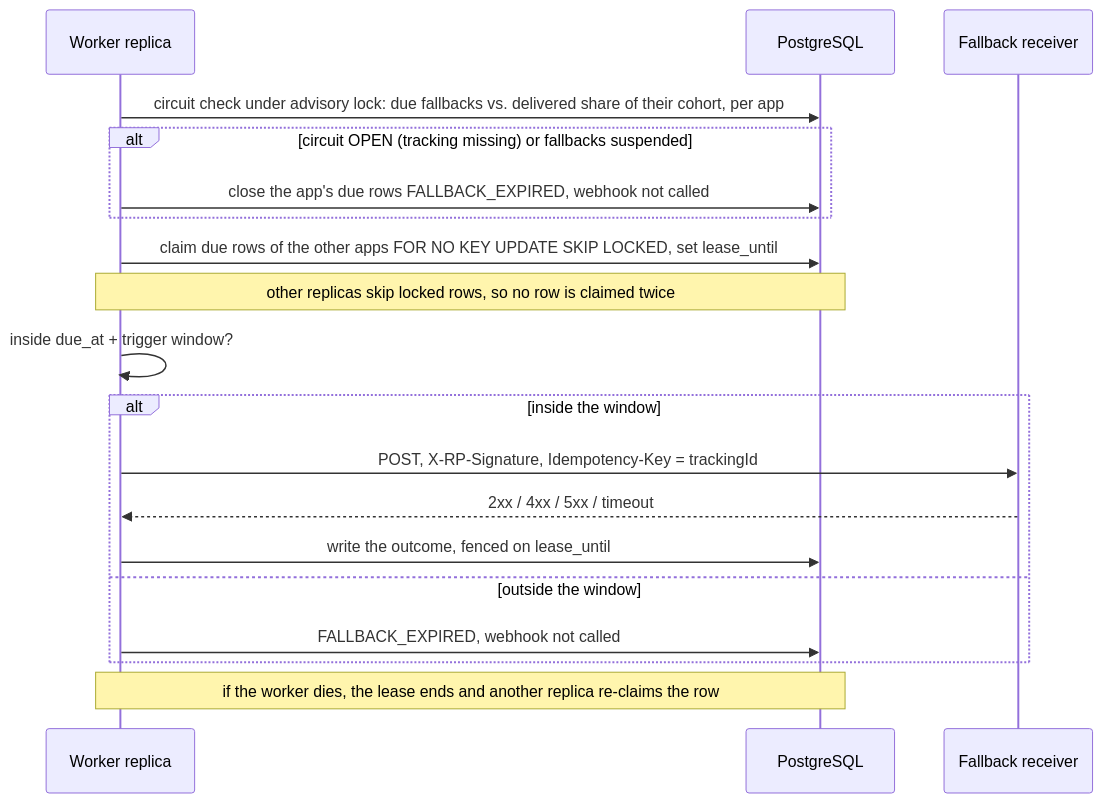
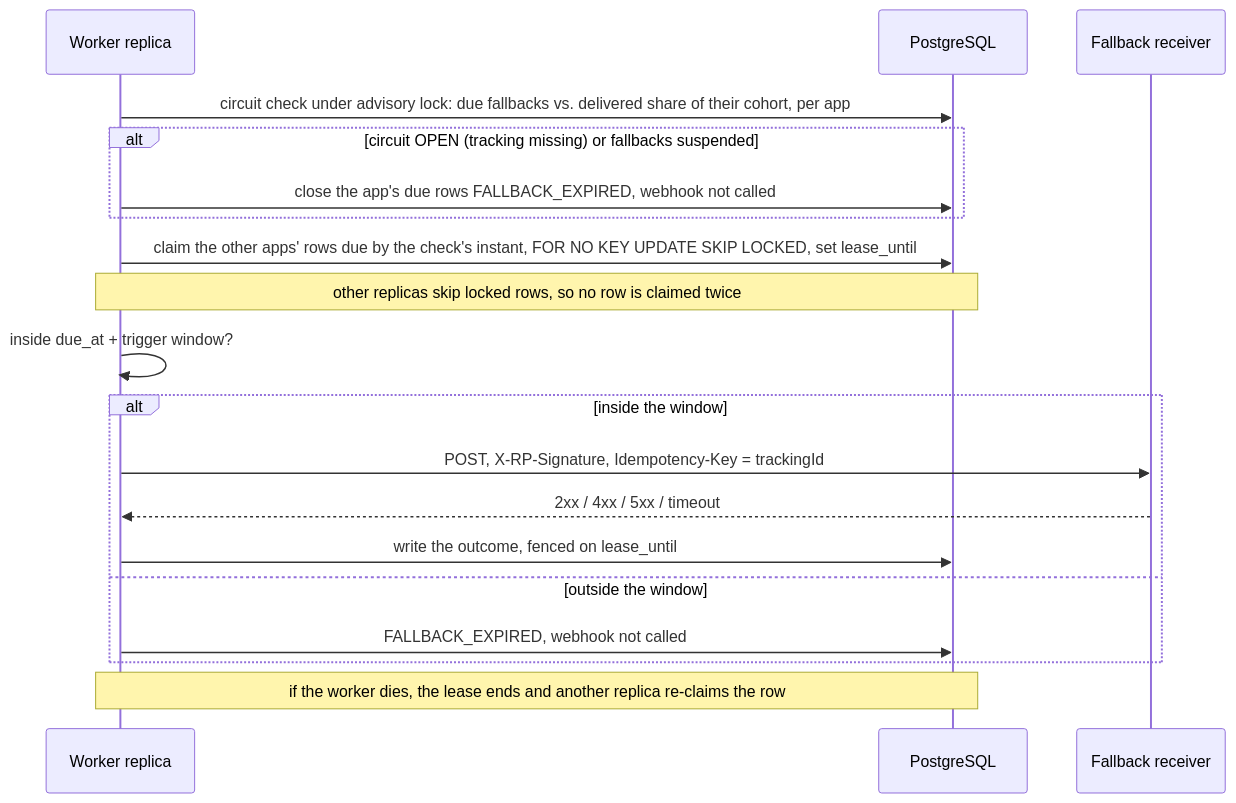
The sixth of 13 diagrams in docs/overview.md (valentirob/reliable-push), drawn with Mermaid before and after one commit. The commit also changed other lines of this file and 5 other files, not shown here.

First line of the commit message:
docs: circuit claim cut-off, transition and check-failed metrics, suppression stop

````diff
--- a/docs/overview.md
+++ b/docs/overview.md
@@ -180,21 +180,21 @@
 ```mermaid
 sequenceDiagram
   participant W as Worker replica
   participant DB as PostgreSQL
   participant FR as Fallback receiver
   W->>DB: circuit check under advisory lock: due fallbacks vs. delivered share of their cohort, per app
   alt circuit OPEN (tracking missing) or fallbacks suspended
     W->>DB: close the app's due rows FALLBACK_EXPIRED, webhook not called
   end
-  W->>DB: claim due rows of the other apps FOR NO KEY UPDATE SKIP LOCKED, set lease_until
+  W->>DB: claim the other apps' rows due by the check's instant, FOR NO KEY UPDATE SKIP LOCKED, set lease_until
   Note over W,DB: other replicas skip locked rows, so no row is claimed twice
   W->>W: inside due_at + trigger window?
   alt inside the window
     W->>FR: POST, X-RP-Signature, Idempotency-Key = trackingId
     FR-->>W: 2xx / 4xx / 5xx / timeout
     W->>DB: write the outcome, fenced on lease_until
   else outside the window
     W->>DB: FALLBACK_EXPIRED, webhook not called
   end
   Note over W,DB: if the worker dies, the lease ends and another replica re-claims the row
 ```
````
